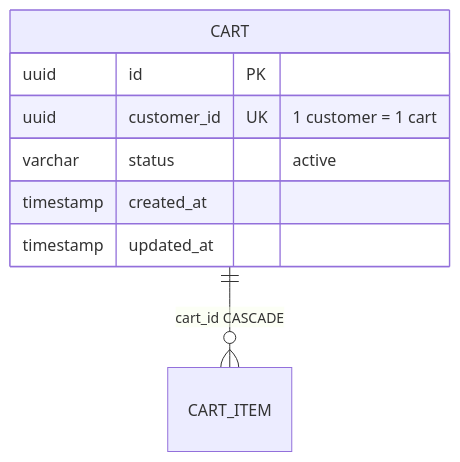
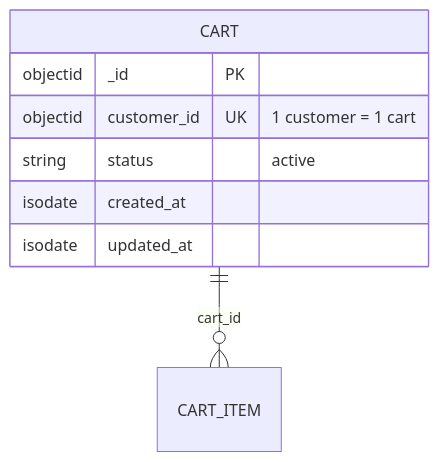
The diagram in documents/data-models/product-service/entity-cart.md (ldqanh1408/stealing-from-paradise), drawn with Mermaid before and after one commit. The commit also changed other lines of this file and 97 other files, not shown here.

Commit message:
chore: update documentation for identity and product services, including new API endpoints and architectural details

````diff
--- a/documents/data-models/product-service/entity-cart.md
+++ b/documents/data-models/product-service/entity-cart.md
@@ -11,12 +12,12 @@
 ```mermaid
 erDiagram
-    CART ||--o{ CART_ITEM : "cart_id CASCADE"
+    CART ||--o{ CART_ITEM : "cart_id"
 
     CART {
-        uuid id PK
-        uuid customer_id UK "1 customer = 1 cart"
-        varchar status "active"
-        timestamp created_at
-        timestamp updated_at
+        objectid _id PK
+        objectid customer_id UK "1 customer = 1 cart"
+        string status "active"
+        isodate created_at
+        isodate updated_at
     }
 ```
````
